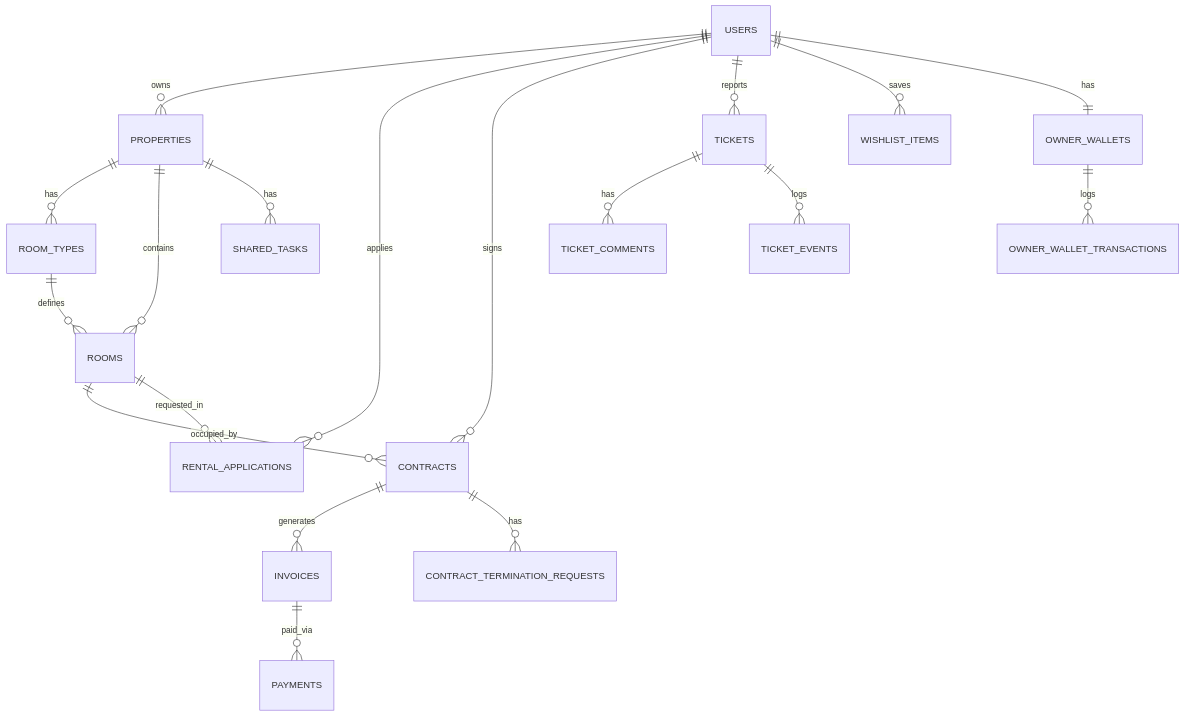
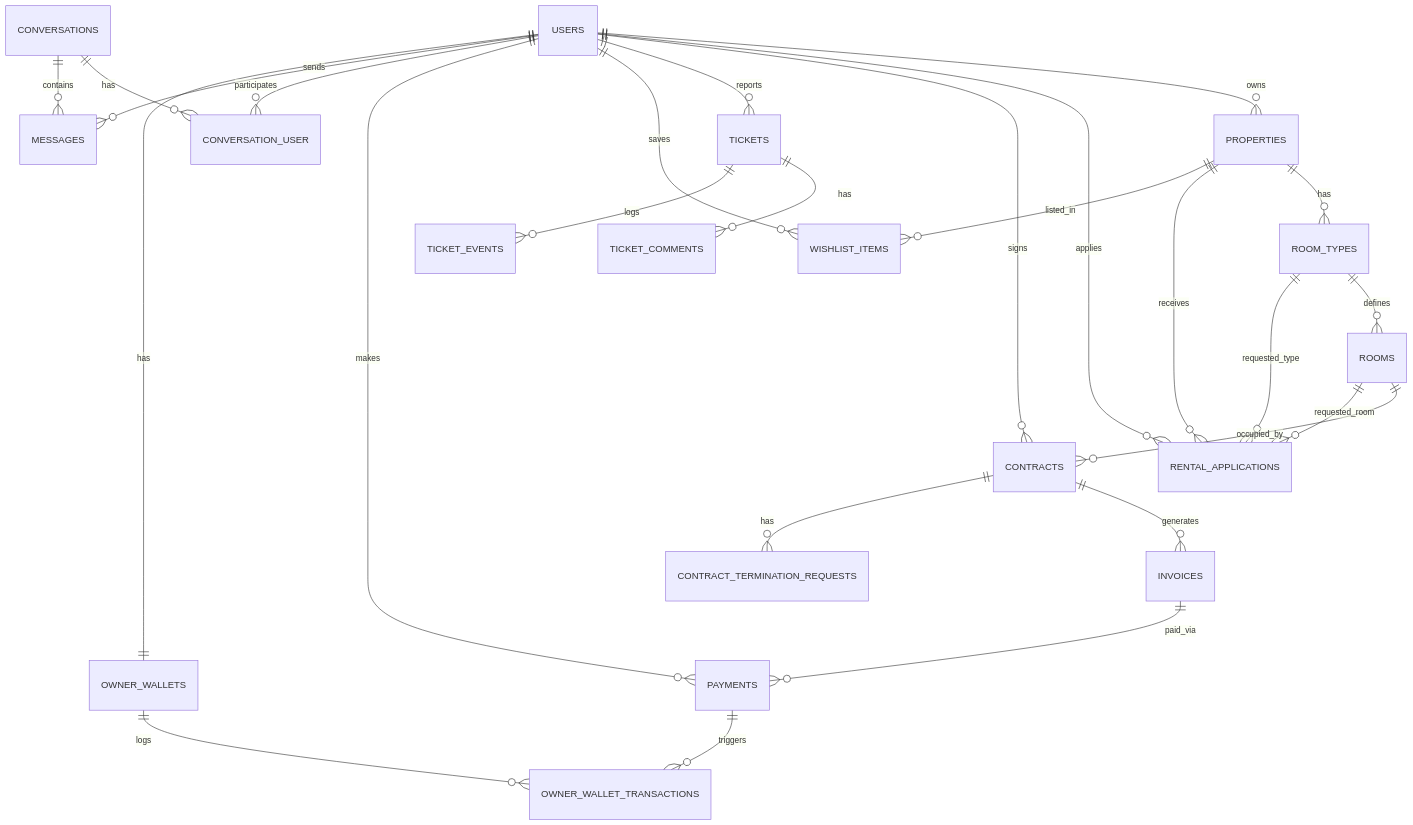
Before and after one commit to Zahh-ID/kostin: the diagram in learn/DATABASE_SCHEMA.md, drawn with Mermaid. The commit also changed other lines of this file, not shown here.

````diff
--- a/learn/DATABASE_SCHEMA.md
+++ b/learn/DATABASE_SCHEMA.md
@@ -9,28 +9,37 @@
 ```mermaid
 erDiagram
     USERS ||--o{ PROPERTIES : owns
     USERS ||--o{ RENTAL_APPLICATIONS : applies
     USERS ||--o{ CONTRACTS : signs
     USERS ||--o{ TICKETS : reports
     USERS ||--o{ WISHLIST_ITEMS : saves
+    USERS ||--o{ PAYMENTS : makes
+    USERS ||--o{ CONVERSATION_USER : participates
+    USERS ||--o{ MESSAGES : sends
+    USERS ||--|| OWNER_WALLETS : has
 
     PROPERTIES ||--o{ ROOM_TYPES : has
-    PROPERTIES ||--o{ ROOMS : contains
-    PROPERTIES ||--o{ SHARED_TASKS : has
+    PROPERTIES ||--o{ RENTAL_APPLICATIONS : receives
+    PROPERTIES ||--o{ WISHLIST_ITEMS : listed_in
 
     ROOM_TYPES ||--o{ ROOMS : defines
+    ROOM_TYPES ||--o{ RENTAL_APPLICATIONS : requested_type
 
     ROOMS ||--o{ CONTRACTS : occupied_by
-    ROOMS ||--o{ RENTAL_APPLICATIONS : requested_in
+    ROOMS ||--o{ RENTAL_APPLICATIONS : requested_room
 
     CONTRACTS ||--o{ INVOICES : generates
     CONTRACTS ||--o{ CONTRACT_TERMINATION_REQUESTS : has
 
     INVOICES ||--o{ PAYMENTS : paid_via
 
+    PAYMENTS ||--o{ OWNER_WALLET_TRANSACTIONS : triggers
+
+    OWNER_WALLETS ||--o{ OWNER_WALLET_TRANSACTIONS : logs
+
     TICKETS ||--o{ TICKET_COMMENTS : has
     TICKETS ||--o{ TICKET_EVENTS : logs
 
-    OWNER_WALLETS ||--o{ OWNER_WALLET_TRANSACTIONS : logs
-    USERS ||--|| OWNER_WALLETS : has
+    CONVERSATIONS ||--o{ CONVERSATION_USER : has
+    CONVERSATIONS ||--o{ MESSAGES : contains
 ```
````
